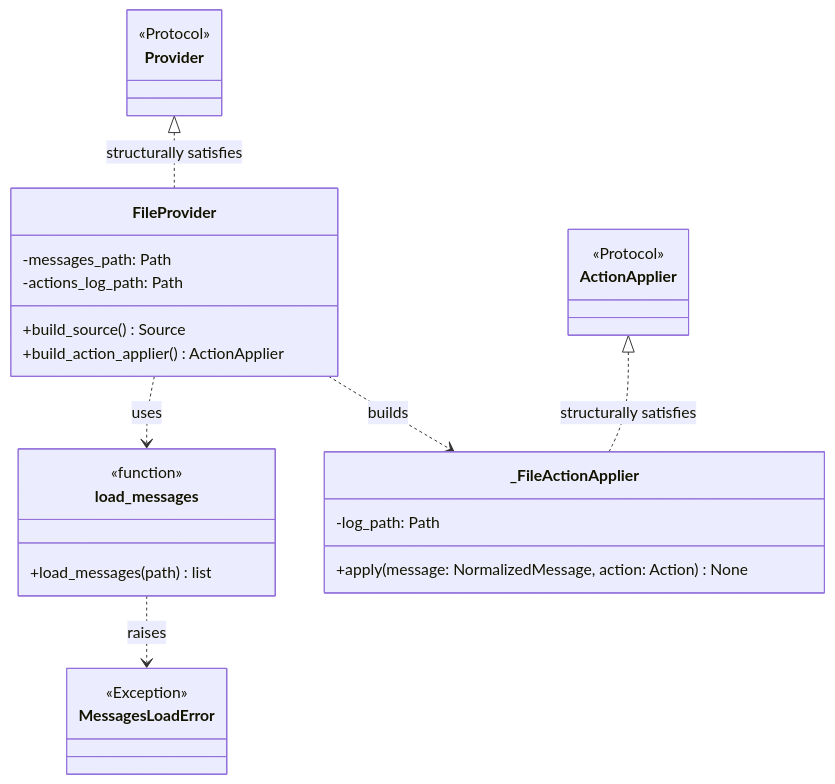
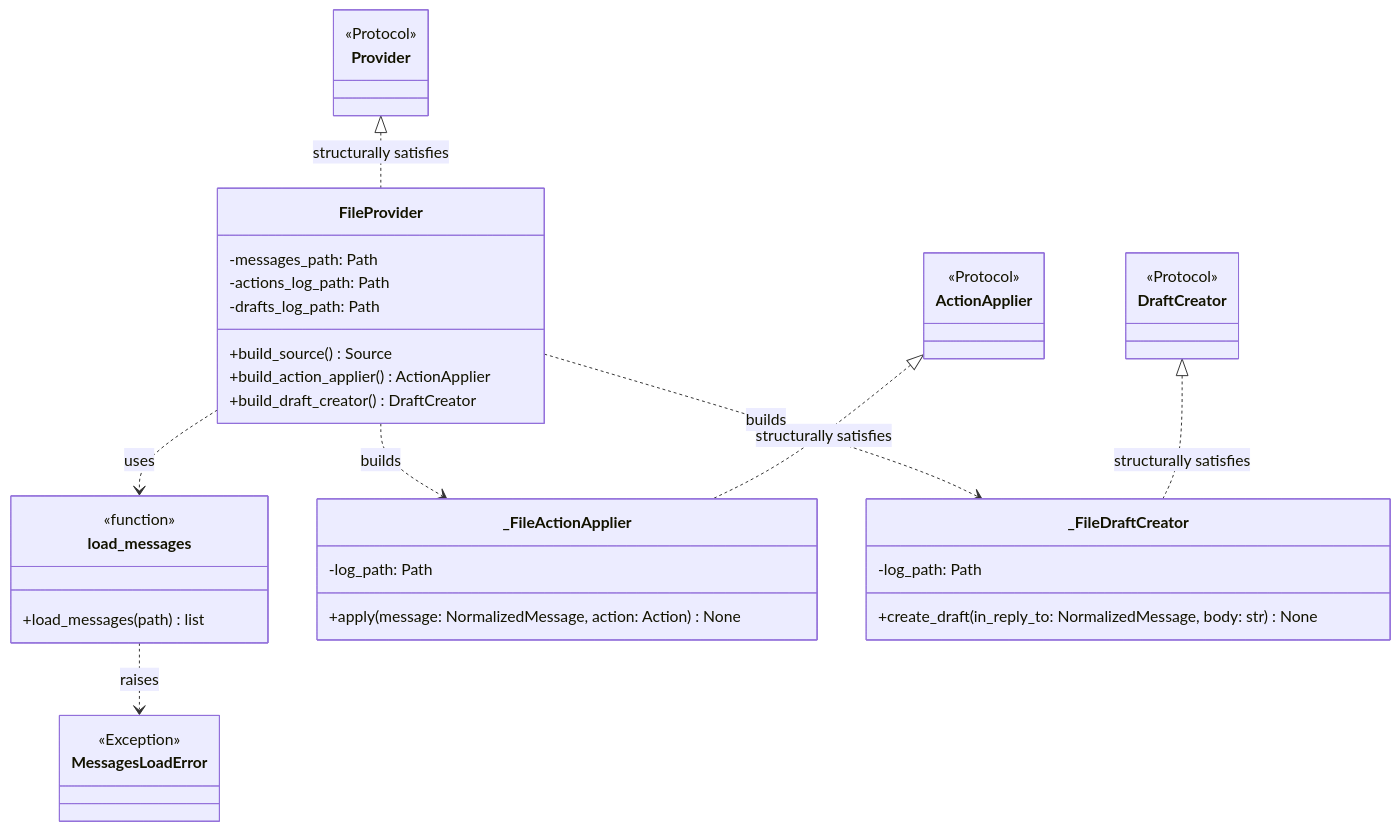
One commit to Stainless5166/friendly-octo-spork changed the seventh of 27 diagrams in docs/DESIGN.md. Above: the diagram before and after it, drawn with Mermaid. The commit also changed other lines of this file, not shown here.

First line of the commit message:
Design: draft creation path via Provider.build_draft_creator() (§10.6)

````diff
--- a/docs/DESIGN.md
+++ b/docs/DESIGN.md
@@ -438,26 +454,35 @@
 ```mermaid
 classDiagram
     class Provider { <<Protocol>> }
     class ActionApplier { <<Protocol>> }
+    class DraftCreator { <<Protocol>> }
     class MessagesLoadError { <<Exception>> }
     class load_messages {
         <<function>>
         +load_messages(path) list
     }
     class _FileActionApplier {
         -log_path: Path
         +apply(message: NormalizedMessage, action: Action) None
     }
+    class _FileDraftCreator {
+        -log_path: Path
+        +create_draft(in_reply_to: NormalizedMessage, body: str) None
+    }
     class FileProvider {
         -messages_path: Path
         -actions_log_path: Path
+        -drafts_log_path: Path
         +build_source() Source
         +build_action_applier() ActionApplier
+        +build_draft_creator() DraftCreator
     }
 
     Provider <|.. FileProvider : structurally satisfies
     ActionApplier <|.. _FileActionApplier : structurally satisfies
+    DraftCreator <|.. _FileDraftCreator : structurally satisfies
     load_messages ..> MessagesLoadError : raises
     FileProvider ..> load_messages : uses
     FileProvider ..> _FileActionApplier : builds
+    FileProvider ..> _FileDraftCreator : builds
 ```
````
